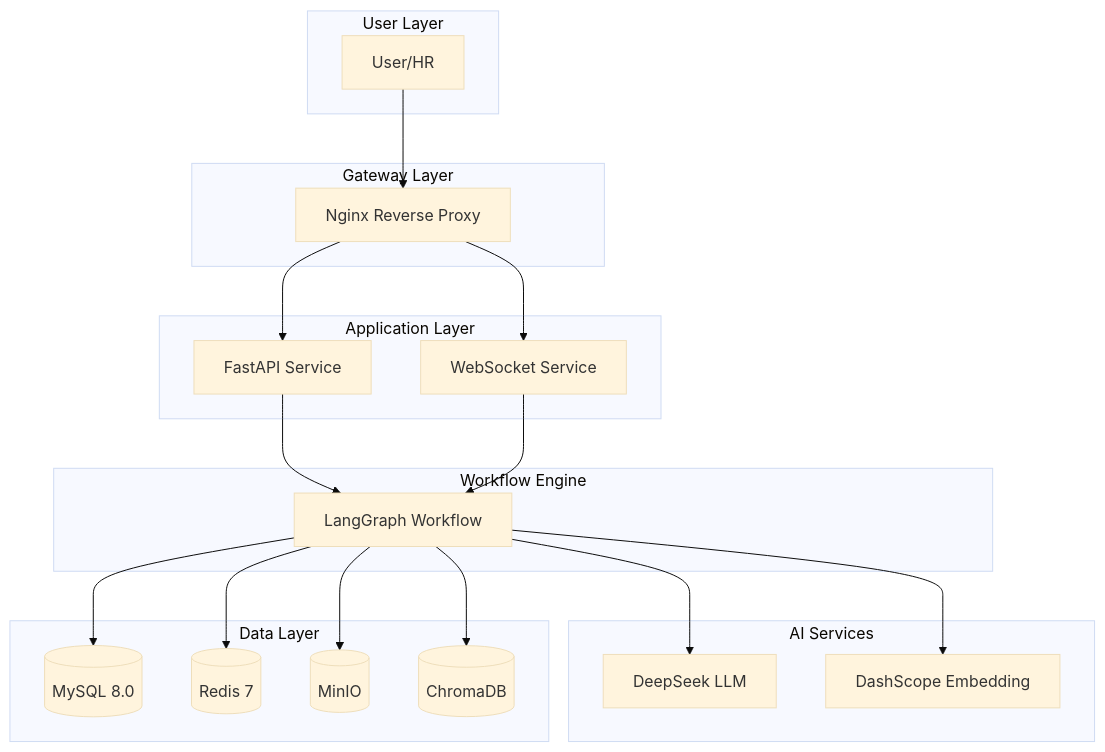
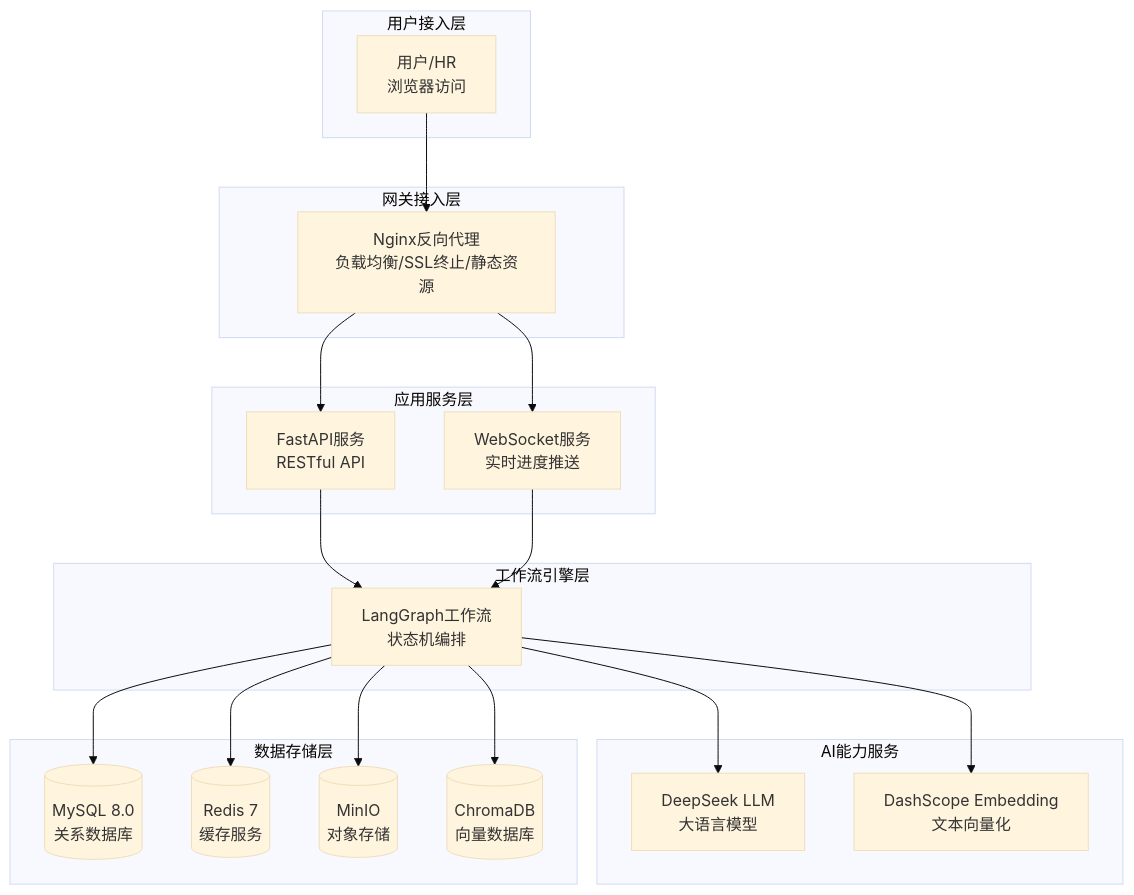
One commit to xt765/ResumeScreening changed the fifth of 11 diagrams in README.md. Above: the diagram before and after it, drawn with Mermaid (base theme). The commit also changed other lines of this file and 26 other files, not shown here.

````diff
--- a/README.md
+++ b/README.md
@@ -145,43 +174,43 @@
 ```mermaid
 graph TB
-    subgraph User Layer
-        User[User/HR]
+    subgraph 用户层["用户接入层"]
+        User[用户/HR<br/>浏览器访问]
     end
     
-    subgraph Gateway Layer
-        Nginx[Nginx Reverse Proxy]
+    subgraph 接入层["网关接入层"]
+        Nginx[Nginx反向代理<br/>负载均衡/SSL终止/静态资源]
     end
     
-    subgraph Application Layer
-        API[FastAPI Service]
-        WSS[WebSocket Service]
+    subgraph 应用层["应用服务层"]
+        API[FastAPI服务<br/>RESTful API]
+        WSS[WebSocket服务<br/>实时进度推送]
     end
     
-    subgraph Workflow Engine
-        WF[LangGraph Workflow]
+    subgraph 工作流引擎["工作流引擎层"]
+        WF[LangGraph工作流<br/>状态机编排]
     end
     
-    subgraph AI Services
-        LLM[DeepSeek LLM]
-        EMB[DashScope Embedding]
+    subgraph AI服务["AI能力服务"]
+        LLM[DeepSeek LLM<br/>大语言模型]
+        EMB[DashScope Embedding<br/>文本向量化]
     end
     
-    subgraph Data Layer
-        DB[(MySQL 8.0)]
-        Cache[(Redis 7)]
-        OSS[(MinIO)]
-        Vec[(ChromaDB)]
+    subgraph 数据层["数据存储层"]
+        DB[(MySQL 8.0<br/>关系数据库)]
+        Cache[(Redis 7<br/>缓存服务)]
+        OSS[(MinIO<br/>对象存储)]
+        Vec[(ChromaDB<br/>向量数据库)]
     end
     
     User --> Nginx
     Nginx --> API
     Nginx --> WSS
     API --> WF
     WSS --> WF
     WF --> LLM
     WF --> EMB
     WF --> DB
     WF --> Cache
     WF --> OSS
     WF --> Vec
 ```
````
